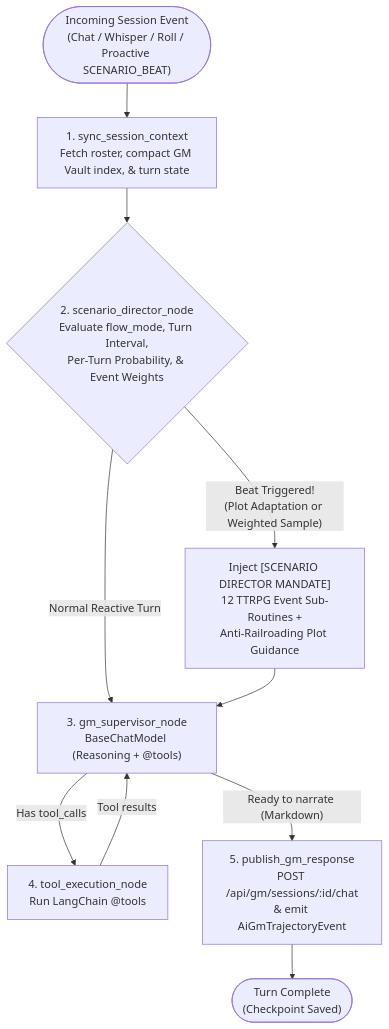
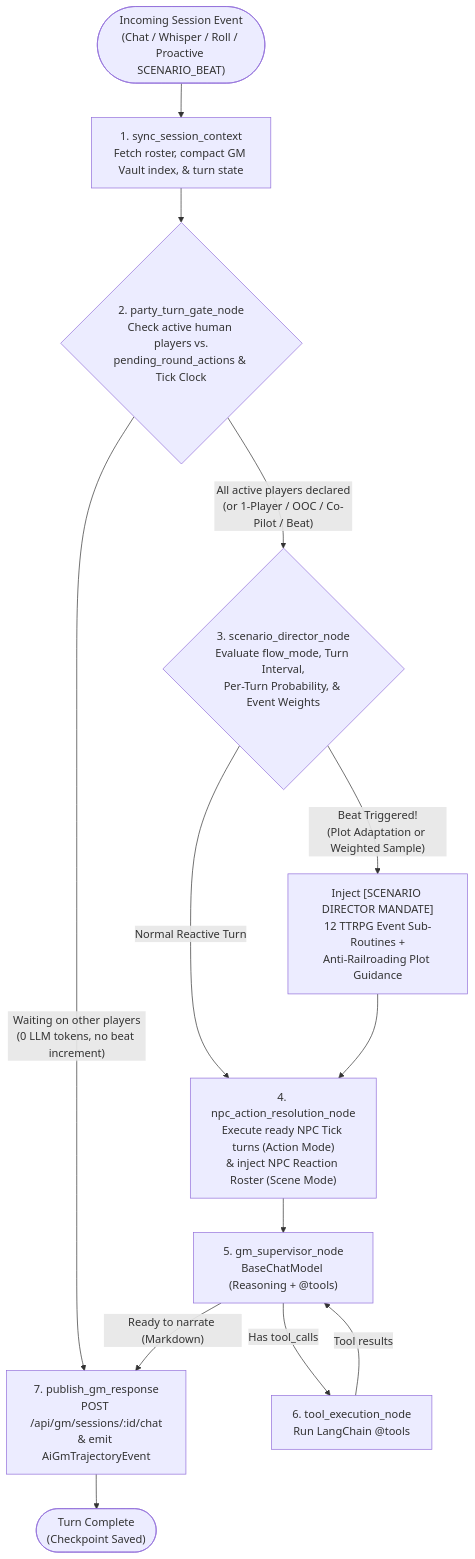
The second of 3 diagrams in docs/technical/ai-gm-agent-design.md (rarebreed/satya), drawn with Mermaid before and after one commit. The commit also changed other lines of this file and 9 other files, not shown here.

````diff
--- a/docs/technical/ai-gm-agent-design.md
+++ b/docs/technical/ai-gm-agent-design.md
@@ -166,12 +172,15 @@
 ```mermaid
 flowchart TD
     Start(["Incoming Session Event\n(Chat / Whisper / Roll / Proactive SCENARIO_BEAT)"]) --> ContextNode["1. sync_session_context\nFetch roster, compact GM Vault index, & turn state"]
-    ContextNode --> DirectorNode{"2. scenario_director_node\nEvaluate flow_mode, Turn Interval,\nPer-Turn Probability, & Event Weights"}
-    DirectorNode -->|"Normal Reactive Turn"| SupervisorNode["3. gm_supervisor_node\nBaseChatModel (Reasoning + @tools)"]
+    ContextNode --> GateNode{"2. party_turn_gate_node\nCheck active human players vs.\npending_round_actions & Tick Clock"}
+    GateNode -->|"Waiting on other players\n(0 LLM tokens, no beat increment)"| PublishNode["7. publish_gm_response\nPOST /api/gm/sessions/:id/chat\n& emit AiGmTrajectoryEvent"]
+    GateNode -->|"All active players declared\n(or 1-Player / OOC / Co-Pilot / Beat)"| DirectorNode{"3. scenario_director_node\nEvaluate flow_mode, Turn Interval,\nPer-Turn Probability, & Event Weights"}
+    DirectorNode -->|"Normal Reactive Turn"| NpcNode["4. npc_action_resolution_node\nExecute ready NPC Tick turns (Action Mode)\n& inject NPC Reaction Roster (Scene Mode)"]
     DirectorNode -->|"Beat Triggered!\n(Plot Adaptation or Weighted Sample)"| Mandate["Inject [SCENARIO DIRECTOR MANDATE]\n12 TTRPG Event Sub-Routines +\nAnti-Railroading Plot Guidance"]
-    Mandate --> SupervisorNode
-    SupervisorNode -->|"Has tool_calls"| ToolNode["4. tool_execution_node\nRun LangChain @tools"]
+    Mandate --> NpcNode
+    NpcNode --> SupervisorNode["5. gm_supervisor_node\nBaseChatModel (Reasoning + @tools)"]
+    SupervisorNode -->|"Has tool_calls"| ToolNode["6. tool_execution_node\nRun LangChain @tools"]
     ToolNode -->|"Tool results"| SupervisorNode
-    SupervisorNode -->|"Ready to narrate (Markdown)"| PublishNode["5. publish_gm_response\nPOST /api/gm/sessions/:id/chat\n& emit AiGmTrajectoryEvent"]
+    SupervisorNode -->|"Ready to narrate (Markdown)"| PublishNode
     PublishNode --> End(["Turn Complete\n(Checkpoint Saved)"])
 ```
````
